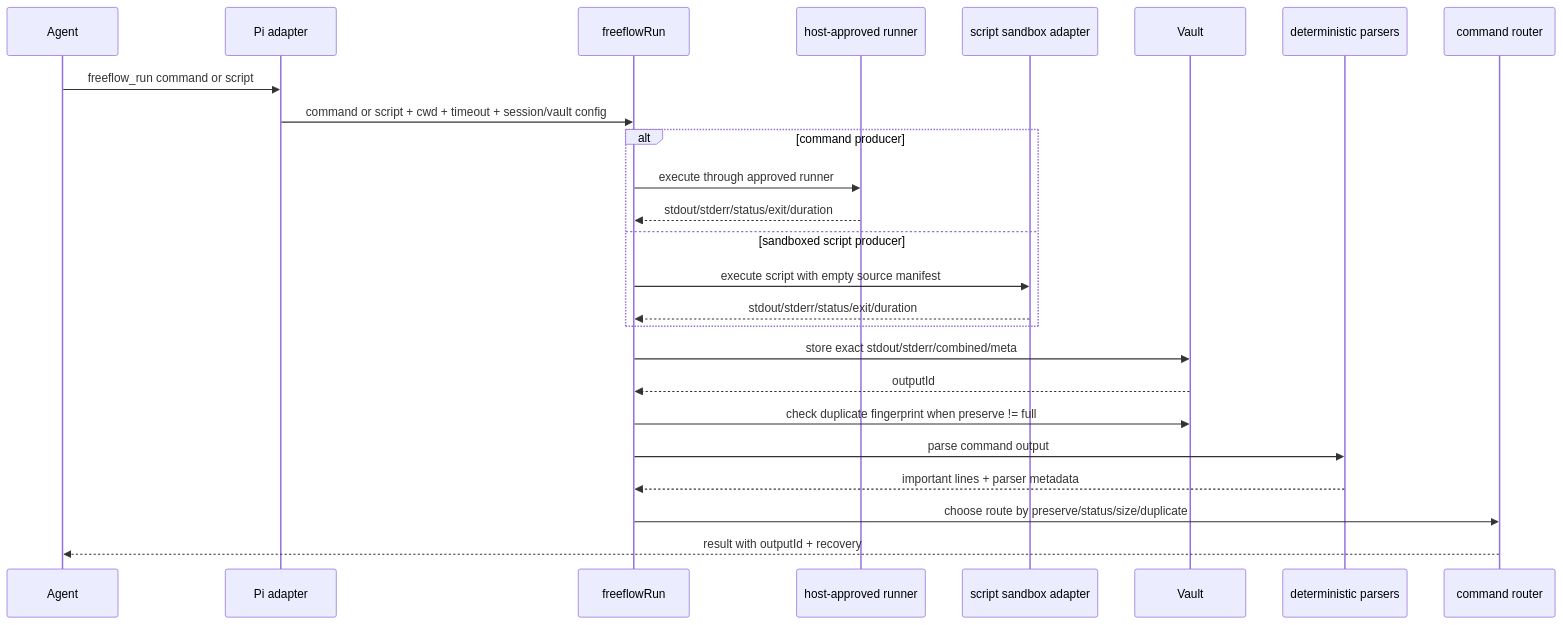
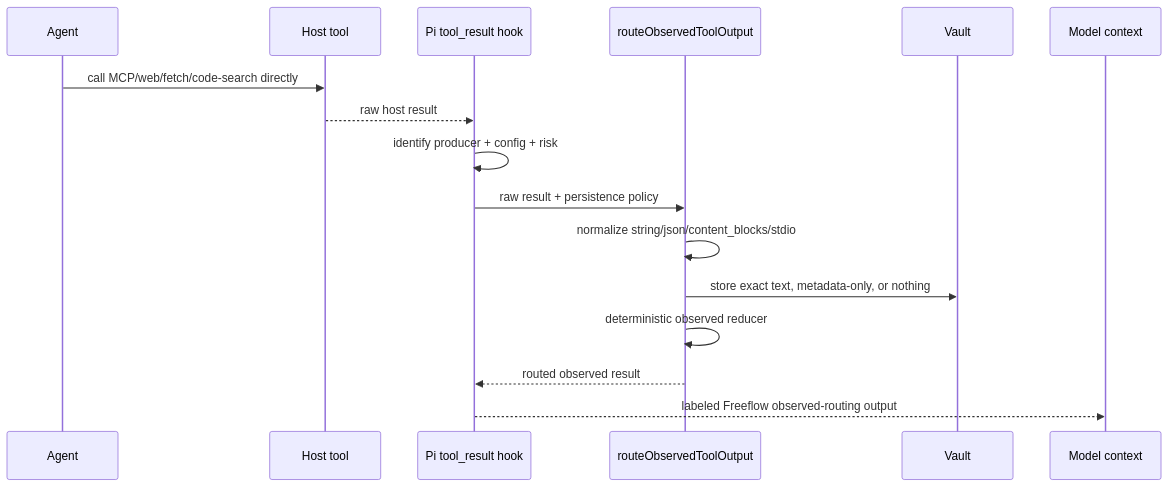
Before and after one commit to hassan-mohiddin/freeflow: the tenth of 12 diagrams in docs/designs/freeflow-output-router-architecture.md, drawn with Mermaid. The commit also changed other lines of this file and 28 other files, not shown here.

````diff
--- a/docs/designs/freeflow-output-router-architecture.md
+++ b/docs/designs/freeflow-output-router-architecture.md
@@ -751,28 +1224,19 @@
 ```mermaid
 sequenceDiagram
-  participant Agent
-  participant Pi as Pi adapter
-  participant Run as freeflowRun
-  participant Host as host-approved runner
-  participant Sandbox as script sandbox adapter
-  participant Vault
-  participant Parser as deterministic parsers
-  participant Router as command router
+  participant A as Agent
+  participant H as Host tool
+  participant Hook as Pi tool_result hook
+  participant R as routeObservedToolOutput
+  participant V as Vault
+  participant M as Model context
 
-  Agent->>Pi: freeflow_run command or script
-  Pi->>Run: command or script + cwd + timeout + session/vault config
-  alt command producer
-    Run->>Host: execute through approved runner
-    Host-->>Run: stdout/stderr/status/exit/duration
-  else sandboxed script producer
-    Run->>Sandbox: execute script with empty source manifest
-    Sandbox-->>Run: stdout/stderr/status/exit/duration
-  end
-  Run->>Vault: store exact stdout/stderr/combined/meta
-  Vault-->>Run: outputId
-  Run->>Vault: check duplicate fingerprint when preserve != full
-  Run->>Parser: parse command output
-  Parser-->>Run: important lines + parser metadata
-  Run->>Router: choose route by preserve/status/size/duplicate
-  Router-->>Agent: result with outputId + recovery
+  A->>H: call MCP/web/fetch/code-search directly
+  H-->>Hook: raw host result
+  Hook->>Hook: identify producer + config + risk
+  Hook->>R: raw result + persistence policy
+  R->>R: normalize string/json/content_blocks/stdio
+  R->>V: store exact text, metadata-only, or nothing
+  R->>R: deterministic observed reducer
+  R-->>Hook: routed observed result
+  Hook-->>M: labeled Freeflow observed-routing output
 ```
````
